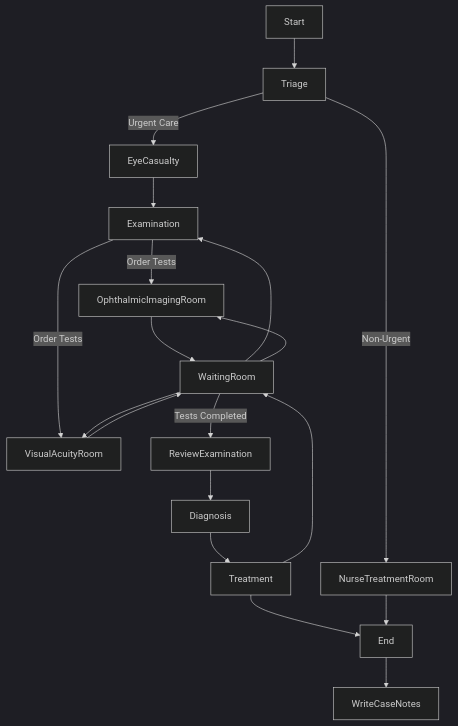
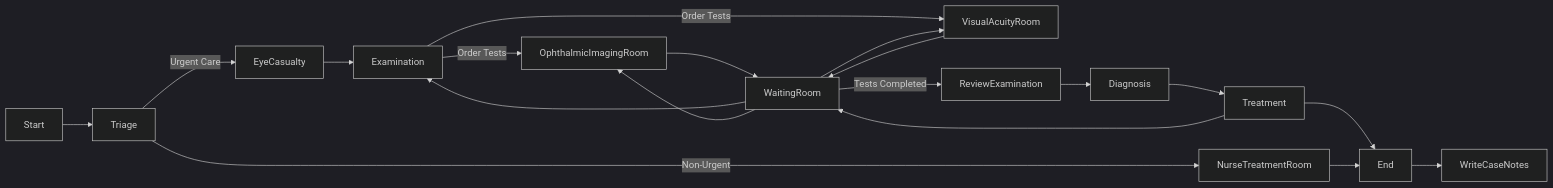
Before and after one commit to lh/HSMA-Notes: the diagram in flow_eye_clinic.mermaid, drawn with Mermaid (dark theme). The commit also changed 3 other files, not shown here.

```diff
--- a/flow_eye_clinic.mermaid
+++ b/flow_eye_clinic.mermaid
@@ -1,19 +1,19 @@
-graph TD;
+graph LR;
     Start --> Triage;
     Triage --> |Urgent Care| EyeCasualty;
     Triage --> |Non-Urgent| NurseTreatmentRoom;
     EyeCasualty --> Examination;
     Examination --> |Order Tests| OphthalmicImagingRoom;
     Examination --> |Order Tests| VisualAcuityRoom;
     OphthalmicImagingRoom  --> WaitingRoom;  
     VisualAcuityRoom --> WaitingRoom;
     WaitingRoom --> Examination;
     WaitingRoom --> VisualAcuityRoom;
     WaitingRoom --> OphthalmicImagingRoom;
     ReviewExamination --> Diagnosis;
     Diagnosis --> Treatment;
     Treatment --> End;
     End --> WriteCaseNotes;
     NurseTreatmentRoom --> End;
     Treatment --> WaitingRoom;
     WaitingRoom --> |Tests Completed| ReviewExamination;
```
